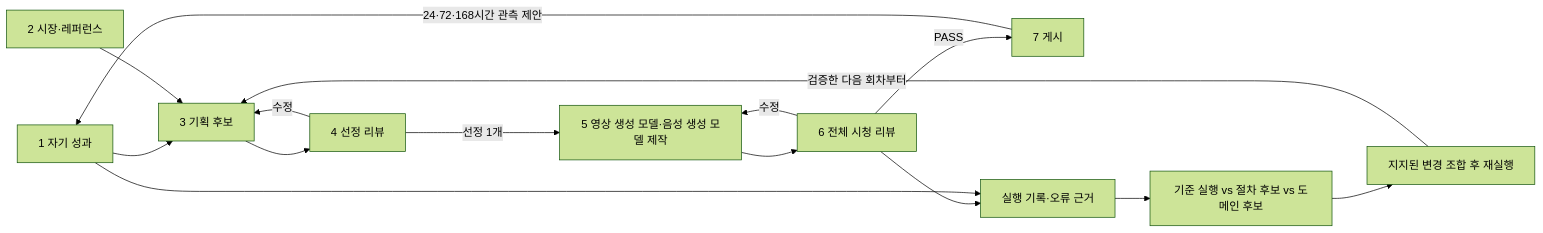
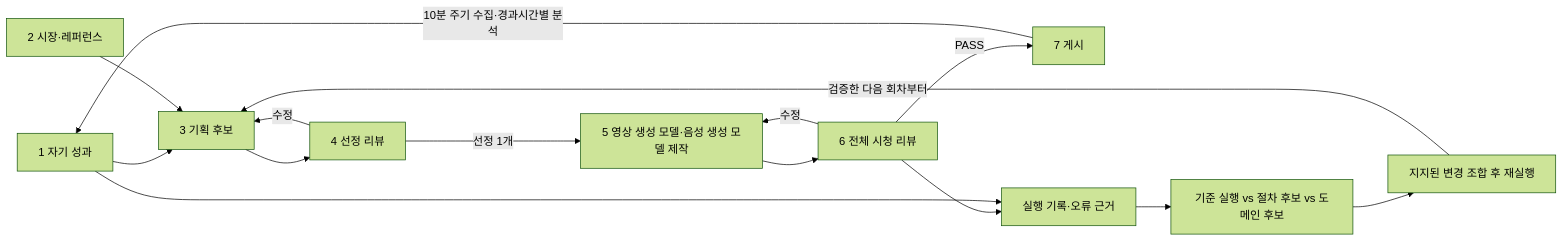
Before and after one commit to Atipico1/dupy-gtm: the diagram in workflow/dupy-gtm-loop.md, drawn with Mermaid (forest theme). The commit also changed other lines of this file and 9 other files, not shown here.

````diff
--- a/workflow/dupy-gtm-loop.md
+++ b/workflow/dupy-gtm-loop.md
@@ -67,17 +73,17 @@
 ```mermaid
 flowchart LR
   A[1 자기 성과] --> C[3 기획 후보]
   B[2 시장·레퍼런스] --> C
   C --> D[4 선정 리뷰]
   D -->|선정 1개| E[5 영상 생성 모델·음성 생성 모델 제작]
   D -->|수정| C
   E --> F[6 전체 시청 리뷰]
   F -->|수정| E
   F -->|PASS| G[7 게시]
-  G -->|24·72·168시간 관측 제안| A
+  G -->|10분 주기 수집·경과시간별 분석| A
   F --> H[실행 기록·오류 근거]
   A --> H
   H --> I[기준 실행 vs 절차 후보 vs 도메인 후보]
   I --> J[지지된 변경 조합 후 재실행]
   J -->|검증한 다음 회차부터| C
 ```
````
